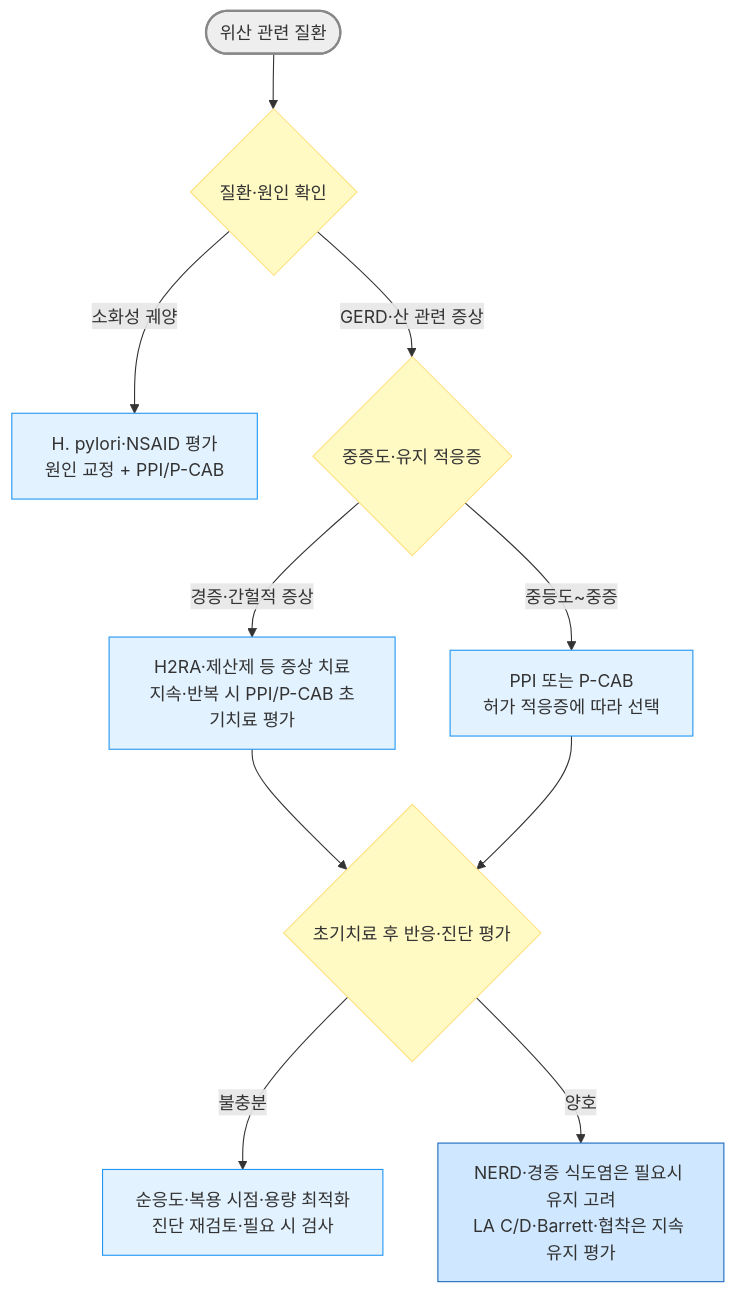
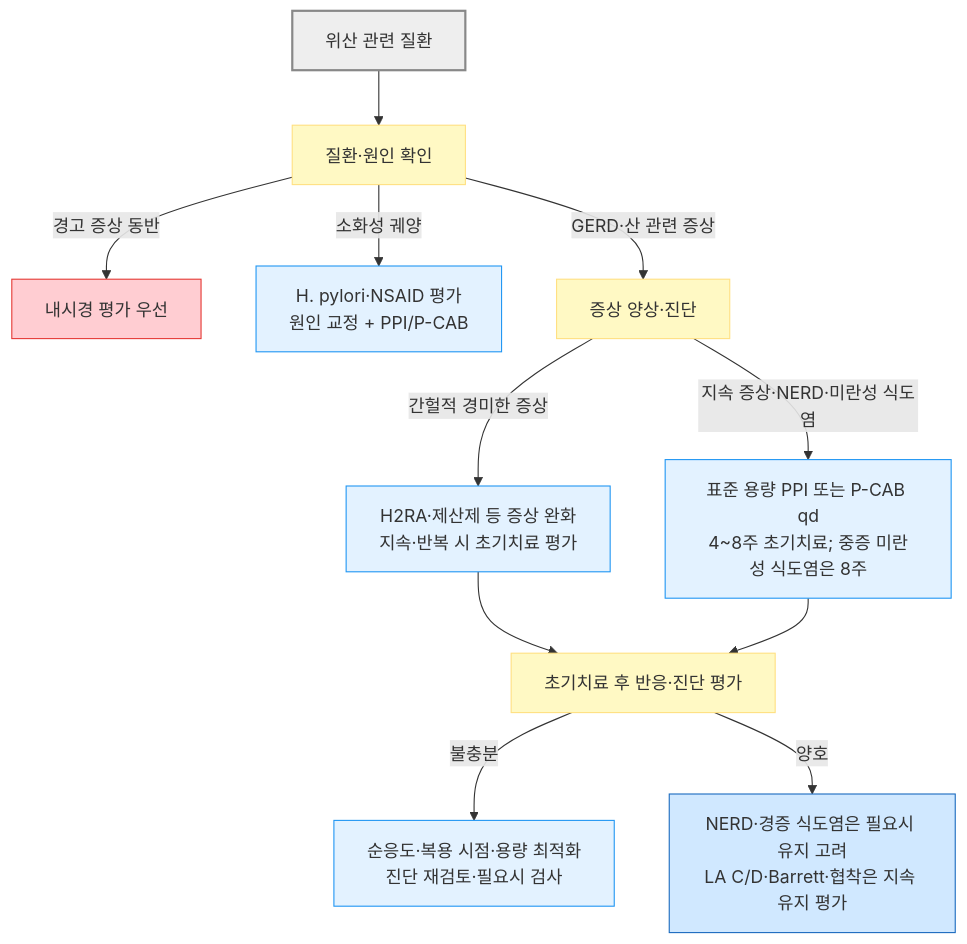
One commit to familyoh77/familyoh77 changed the diagram in 224_/073_-gidrugs.md. Above: the diagram before and after it, drawn with Mermaid. The commit also changed other lines of this file, not shown here.

````diff
--- a/224_/073_-gidrugs.md
+++ b/224_/073_-gidrugs.md
@@ -517,18 +518,20 @@
 ```mermaid
-graph TD
-    A([위산 관련 질환]) --> B{질환·원인 확인}
-    B -- "소화성 궤양" --> P[H. pylori·NSAID 평가<br/>원인 교정 + PPI/P-CAB]
-    B -- "GERD·산 관련 증상" --> C{중증도·유지 적응증}
-    C -- "경증·간헐적 증상" --> D[H2RA·제산제 등 증상 치료<br/>지속·반복 시 PPI/P-CAB 초기치료 평가]
-    C -- "중등도~중증" --> E[PPI 또는 P-CAB<br/>허가 적응증에 따라 선택]
-    D --> F{초기치료 후 반응·진단 평가}
+flowchart TD
+    A["위산 관련 질환"] --> B["질환·원인 확인"]
+    B -- "경고 증상 동반" --> W["내시경 평가 우선"]
+    B -- "소화성 궤양" --> P["H. pylori·NSAID 평가<br/>원인 교정 + PPI/P-CAB"]
+    B -- "GERD·산 관련 증상" --> C["증상 양상·진단"]
+    C -- "간헐적 경미한 증상" --> D["H2RA·제산제 등 증상 완화<br/>지속·반복 시 초기치료 평가"]
+    C -- "지속 증상·NERD·미란성 식도염" --> E["표준 용량 PPI 또는 P-CAB qd<br/>4~8주 초기치료; 중증 미란성 식도염은 8주"]
+    D --> F["초기치료 후 반응·진단 평가"]
     E --> F
-    F -- "불충분" --> G[순응도·복용 시점·용량 최적화<br/>진단 재검토·필요 시 검사]
-    F -- "양호" --> H[NERD·경증 식도염은 필요시 유지 고려<br/>LA C/D·Barrett·협착은 지속 유지 평가]
+    F -- "불충분" --> G["순응도·복용 시점·용량 최적화<br/>진단 재검토·필요시 검사"]
+    F -- "양호" --> H["NERD·경증 식도염은 필요시 유지 고려<br/>LA C/D·Barrett·협착은 지속 유지 평가"]
 style A fill:#eeeeee,stroke:#888888,stroke-width:2px
 classDef yellow fill:#fff9c4,stroke:#ffe082
 class B,C,F yellow
 classDef sky fill:#e3f2ff,stroke:#2196f3
 class D,E,G,P sky
 style H fill:#d0e8ff,stroke:#1a6abf
+style W fill:#ffcdd2,stroke:#e53935
 ```
````
